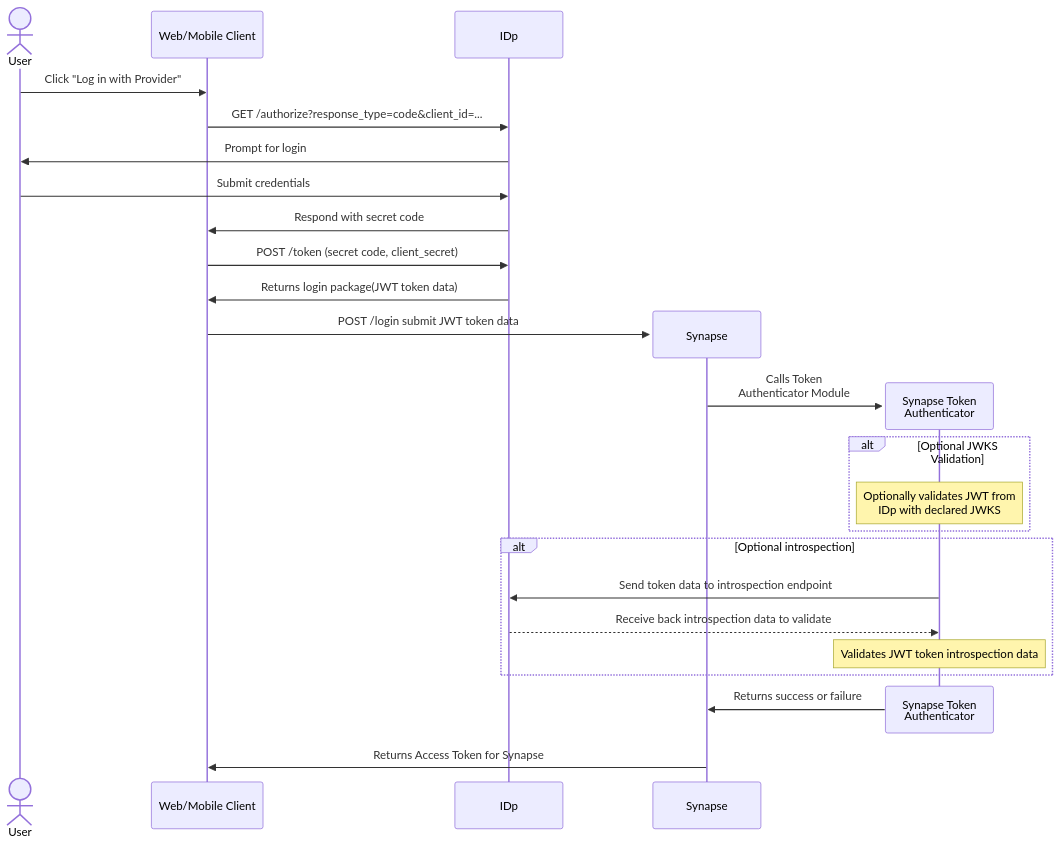
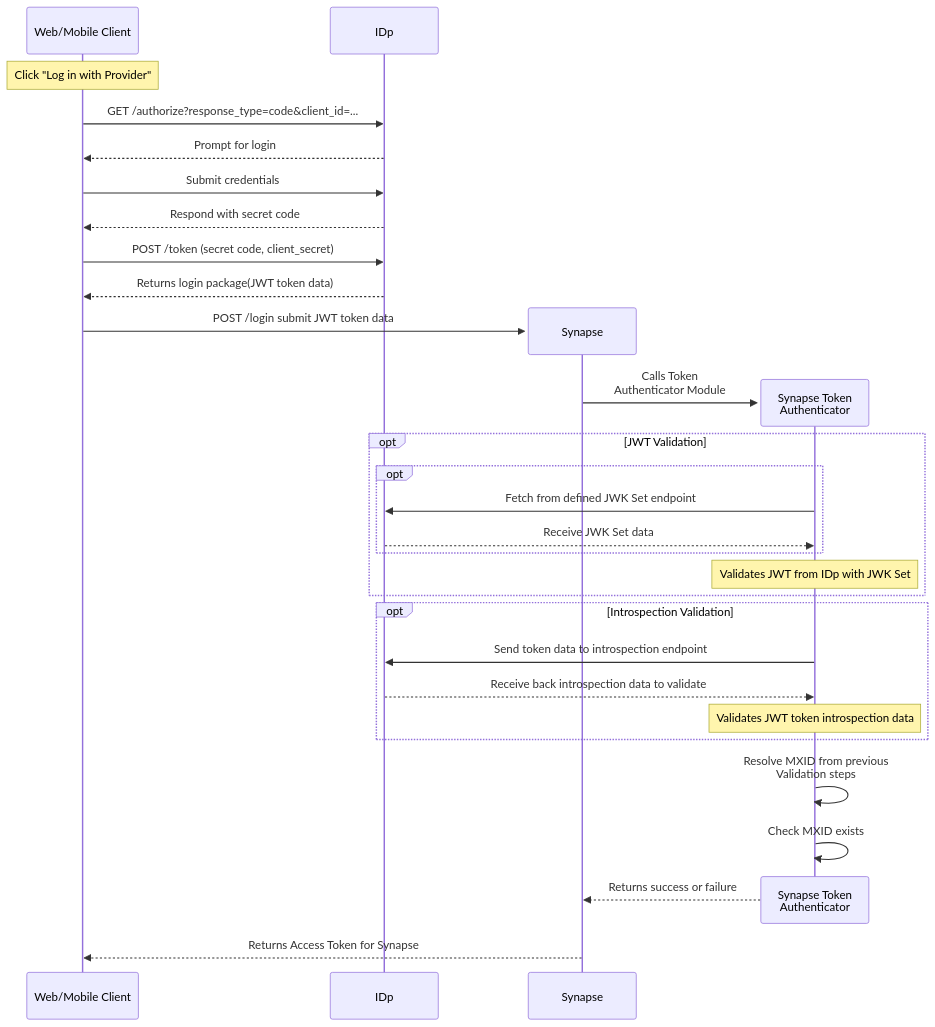
The third of 4 diagrams in README.md (famedly/synapse-token-authenticator), drawn with Mermaid before and after one commit. The commit also changed other lines of this file, not shown here.

````diff
--- a/README.md
+++ b/README.md
@@ -643,29 +644,34 @@
 ```mermaid
 sequenceDiagram
-    actor User
     participant App as Web/Mobile Client
     participant IDp
 
-    User->>App: Click "Log in with Provider"
+    Note over App: Click "Log in with Provider"
     App->>IDp: GET /authorize?response_type=code&client_id=...
-    IDp->>User: Prompt for login
-    User->>IDp: Submit credentials
-    IDp->>App: Respond with secret code
+    IDp-->>App: Prompt for login
+    App->>IDp: Submit credentials
+    IDp-->>App: Respond with secret code
     App->>IDp: POST /token (secret code, client_secret)
-    IDp->>App: Returns login package(JWT token data)
+    IDp-->>App: Returns login package(JWT token data)
     create participant Synapse
     App->>Synapse: POST /login submit JWT token data
     create participant Mod as Synapse Token<br>Authenticator
     Synapse->>Mod: Calls Token<br> Authenticator Module
-    alt Optional JWKS Validation
-        Note over Mod: Optionally validates JWT from<br> IDp with declared JWKS
+    opt JWT Validation
+        opt
+            Mod->>IDp: Fetch from defined JWK Set endpoint
+            IDp-->>Mod: Receive JWK Set data
+        end
+        Note over Mod: Validates JWT from IDp with JWK Set
     end
-    alt Optional introspection
+    opt Introspection Validation
         Mod->>IDp: Send token data to introspection endpoint
         IDp-->>Mod: Receive back introspection data to validate
         Note over Mod: Validates JWT token introspection data
     end
+    Mod->>Mod: Resolve MXID from previous<br>Validation steps
+    Mod->>Mod: Check MXID exists
     destroy Mod
-    Mod->>Synapse: Returns success or failure
-    Synapse->>App: Returns Access Token for Synapse
+    Mod-->>Synapse: Returns success or failure
+    Synapse-->>App: Returns Access Token for Synapse
 ```
````
